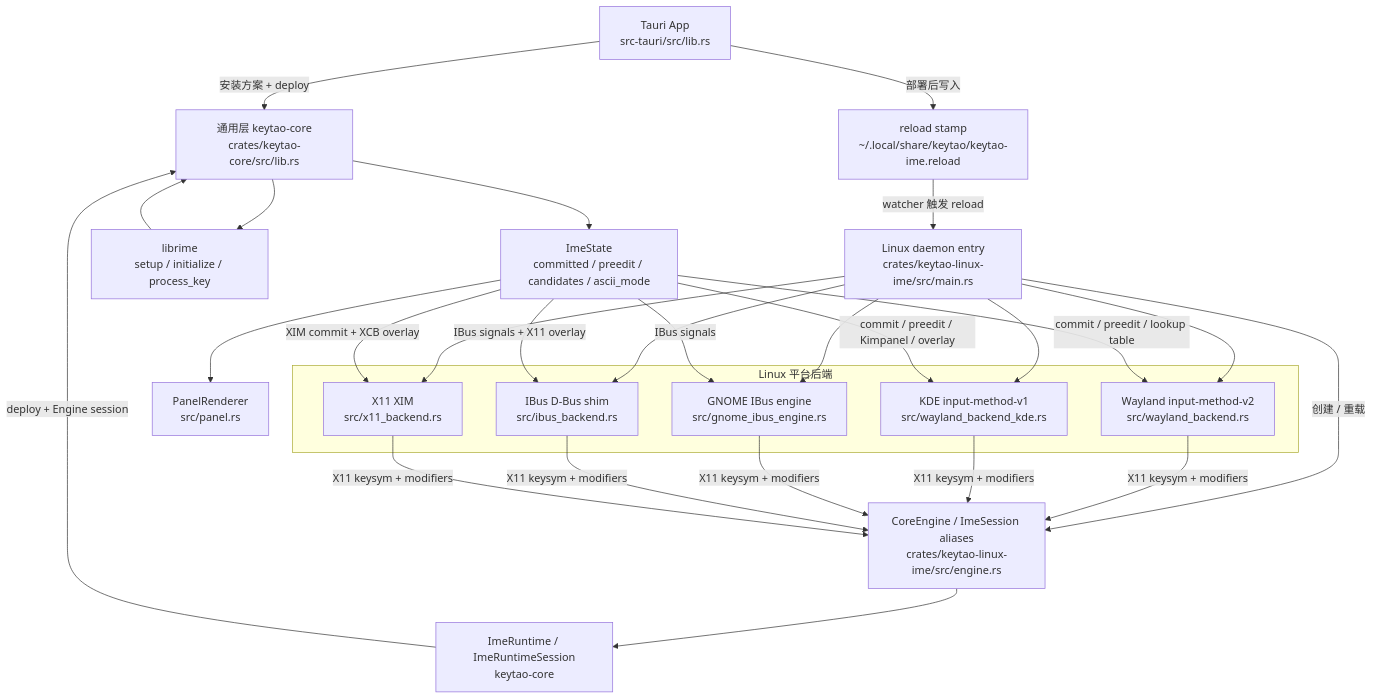
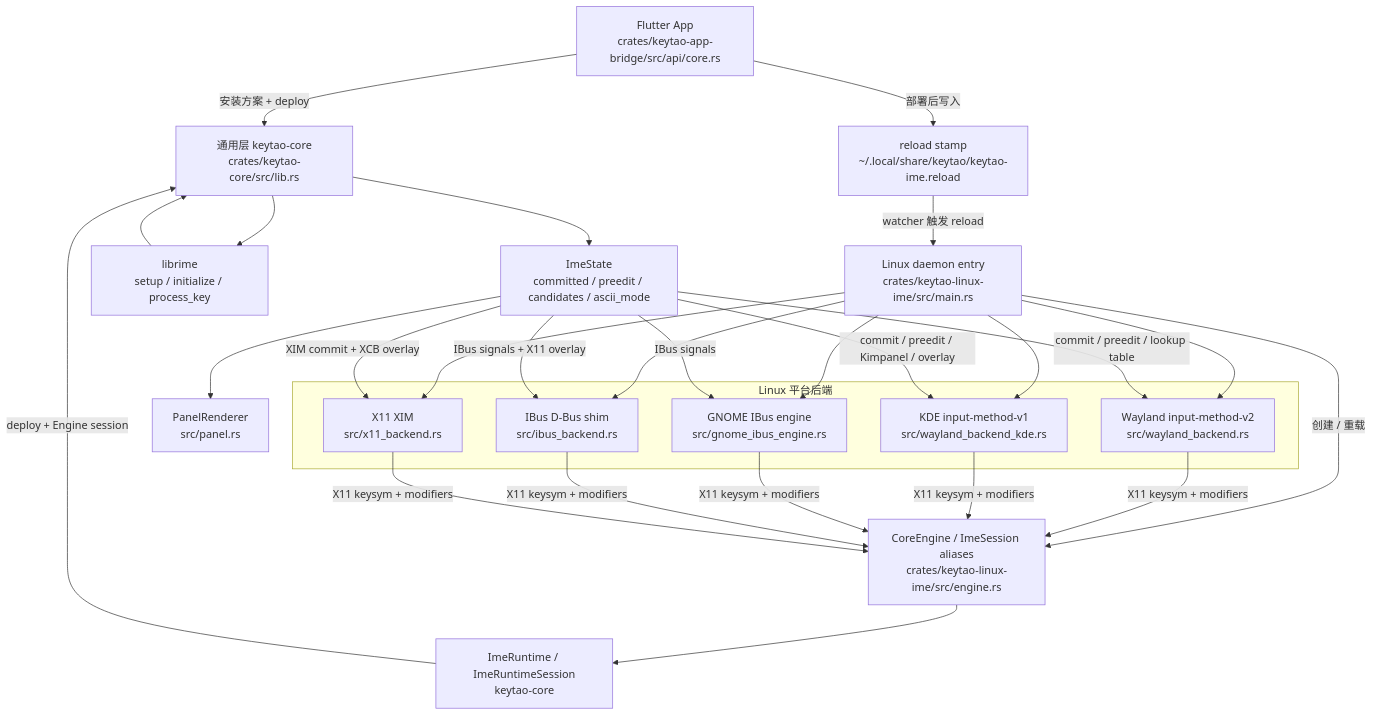
The diagram in crates/keytao-linux-ime/README.md (xkinput/keytao-app), drawn with Mermaid before and after one commit. The commit also changed 241 other files, not shown here.

First line of the commit message:
chore: remove the Tauri/React app and other legacy leftovers

````diff
--- a/crates/keytao-linux-ime/README.md
+++ b/crates/keytao-linux-ime/README.md
@@ -32,47 +32,47 @@
 ```mermaid
 flowchart TD
-    App["Tauri App<br/>src-tauri/src/lib.rs"]
+    App["Flutter App<br/>crates/keytao-app-bridge/src/api/core.rs"]
     Stamp["reload stamp<br/>~/.local/share/keytao/keytao-ime.reload"]
     Main["Linux daemon entry<br/>crates/keytao-linux-ime/src/main.rs"]
     CoreEngine["CoreEngine / ImeSession aliases<br/>crates/keytao-linux-ime/src/engine.rs"]
     Runtime["ImeRuntime / ImeRuntimeSession<br/>keytao-core"]
     Core["通用层 keytao-core<br/>crates/keytao-core/src/lib.rs"]
     Librime["librime<br/>setup / initialize / process_key"]
     State["ImeState<br/>committed / preedit / candidates / ascii_mode"]
     Panel["PanelRenderer<br/>src/panel.rs"]
 
     App -->|"安装方案 + deploy"| Core
     App -->|"部署后写入"| Stamp
     Stamp -->|"watcher 触发 reload"| Main
     Main -->|"创建 / 重载"| CoreEngine
     CoreEngine --> Runtime
     Runtime -->|"deploy + Engine session"| Core
     Core --> Librime
     Librime --> Core
     Core --> State
     State --> Panel
 
     subgraph Backends["Linux 平台后端"]
         Wayland["Wayland input-method-v2<br/>src/wayland_backend.rs"]
         KDE["KDE input-method-v1<br/>src/wayland_backend_kde.rs"]
         Gnome["GNOME IBus engine<br/>src/gnome_ibus_engine.rs"]
         IBus["IBus D-Bus shim<br/>src/ibus_backend.rs"]
         XIM["X11 XIM<br/>src/x11_backend.rs"]
     end
 
     Main --> Wayland
     Main --> KDE
     Main --> Gnome
     Main --> IBus
     Main --> XIM
     Wayland -->|"X11 keysym + modifiers"| CoreEngine
     KDE -->|"X11 keysym + modifiers"| CoreEngine
     Gnome -->|"X11 keysym + modifiers"| CoreEngine
     IBus -->|"X11 keysym + modifiers"| CoreEngine
     XIM -->|"X11 keysym + modifiers"| CoreEngine
     State -->|"commit / preedit / lookup table"| Wayland
     State -->|"commit / preedit / Kimpanel / overlay"| KDE
     State -->|"IBus signals"| Gnome
     State -->|"IBus signals + X11 overlay"| IBus
     State -->|"XIM commit + XCB overlay"| XIM
 ```
````
